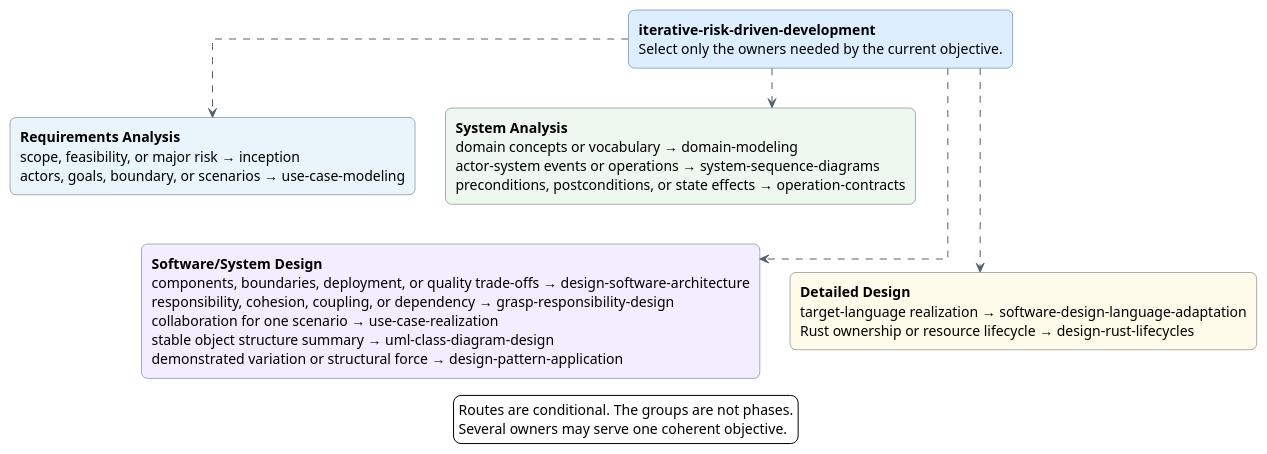
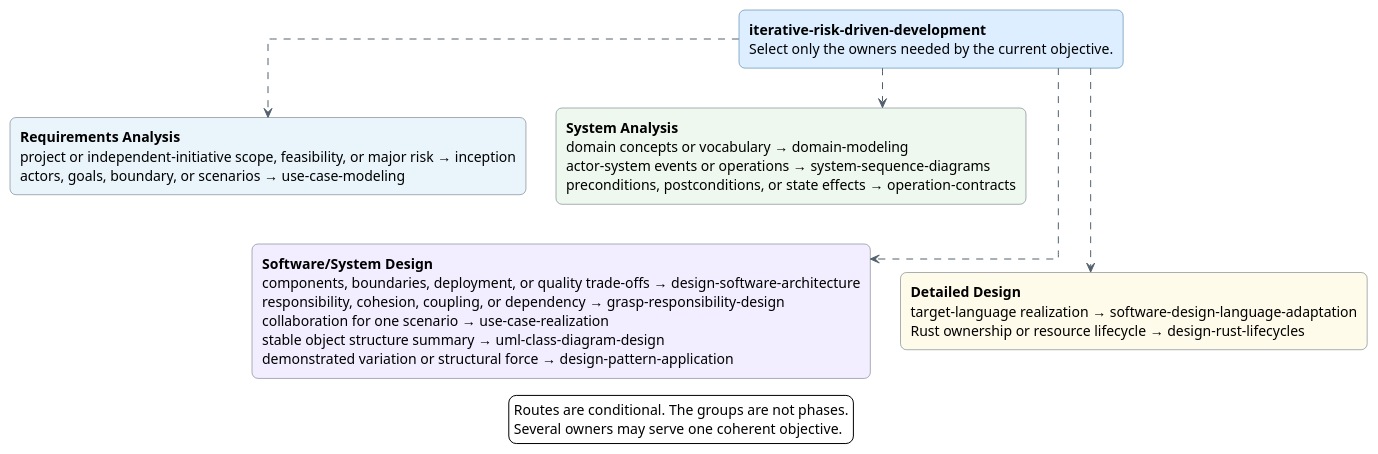
The second of 4 diagrams in catalog/skill-relationships.md (sirius-cc-wu/sirius-skills), drawn with PlantUML before and after one commit. The commit also changed other lines of this file and 10 other files, not shown here.

First line of the commit message:
fix: define project-level inception boundary

````diff
--- a/catalog/skill-relationships.md
+++ b/catalog/skill-relationships.md
@@ -389,72 +390,72 @@
 ```plantuml
 @startuml iterative-design-skill-relationships
 top to bottom direction
 
 skinparam backgroundColor #FFFFFF
 skinparam shadowing false
 skinparam packageStyle rectangle
 skinparam linetype ortho
 skinparam defaultFontName Arial
 skinparam defaultTextAlignment left
 skinparam ArrowColor #52606D
 skinparam nodesep 30
 skinparam ranksep 40
 hide stereotype
 skinparam rectangle {
   BackgroundColor #FFFFFF
   BorderColor #52606D
   RoundCorner 12
 }
 skinparam rectangle<<coordinator>> {
   BackgroundColor #DCEEFF
   BorderColor #2F6690
 }
 
 rectangle iterative <<coordinator>> [
 **iterative-risk-driven-development**
 Select only the owners needed by the current objective.
 ]
 
 rectangle requirements #EAF4FB [
 **Requirements Analysis**
-scope, feasibility, or major risk → inception
+project or independent-initiative scope, feasibility, or major risk → inception
 actors, goals, boundary, or scenarios → use-case-modeling
 ]
 
 rectangle systemAnalysis #EEF8EE [
 **System Analysis**
 domain concepts or vocabulary → domain-modeling
 actor-system events or operations → system-sequence-diagrams
 preconditions, postconditions, or state effects → operation-contracts
 ]
 
 rectangle softwareDesign #F3EEFF [
 **Software/System Design**
 components, boundaries, deployment, or quality trade-offs → design-software-architecture
 responsibility, cohesion, coupling, or dependency → grasp-responsibility-design
 collaboration for one scenario → use-case-realization
 stable object structure summary → uml-class-diagram-design
 demonstrated variation or structural force → design-pattern-application
 ]
 
 rectangle detailedDesign #FFFBEA [
 **Detailed Design**
 target-language realization → software-design-language-adaptation
 Rust ownership or resource lifecycle → design-rust-lifecycles
 ]
 
 iterative ..> requirements
 iterative ..> systemAnalysis
 iterative ..> softwareDesign
 iterative ..> detailedDesign
 
 requirements -[hidden]right-> systemAnalysis
 requirements -[hidden]down-> softwareDesign
 softwareDesign -[hidden]right-> detailedDesign
 
 legend bottom
   Routes are conditional. The groups are not phases.
   Several owners may serve one coherent objective.
 endlegend
 @enduml
 ```
````
